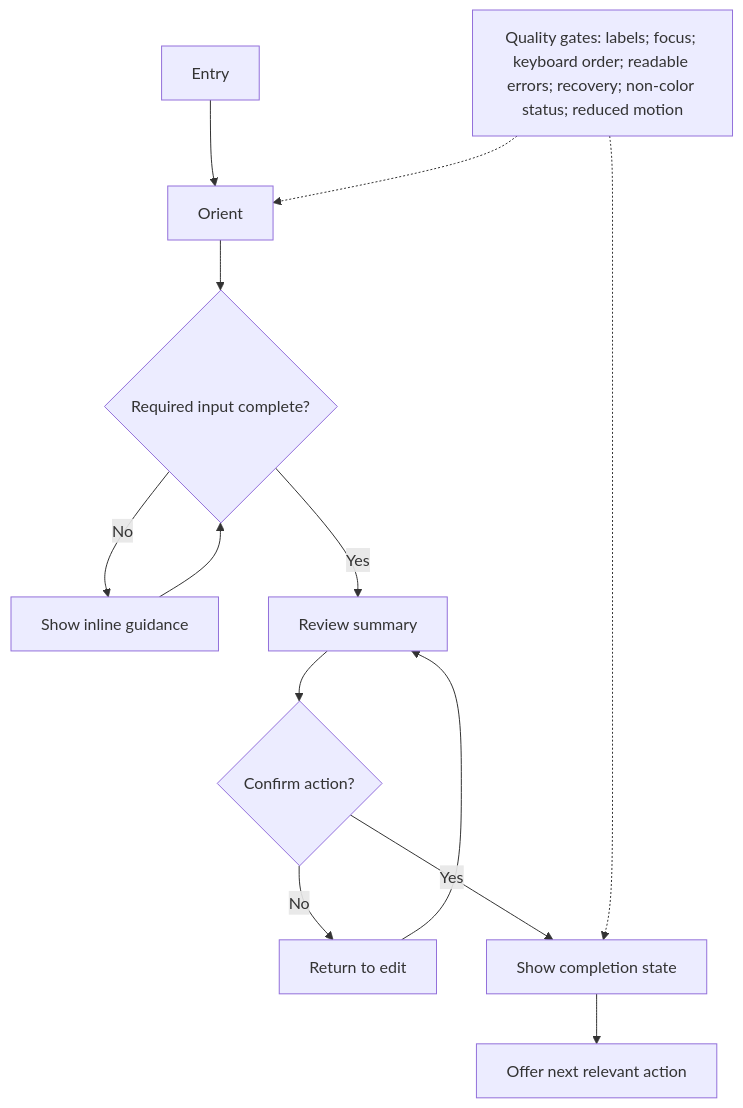
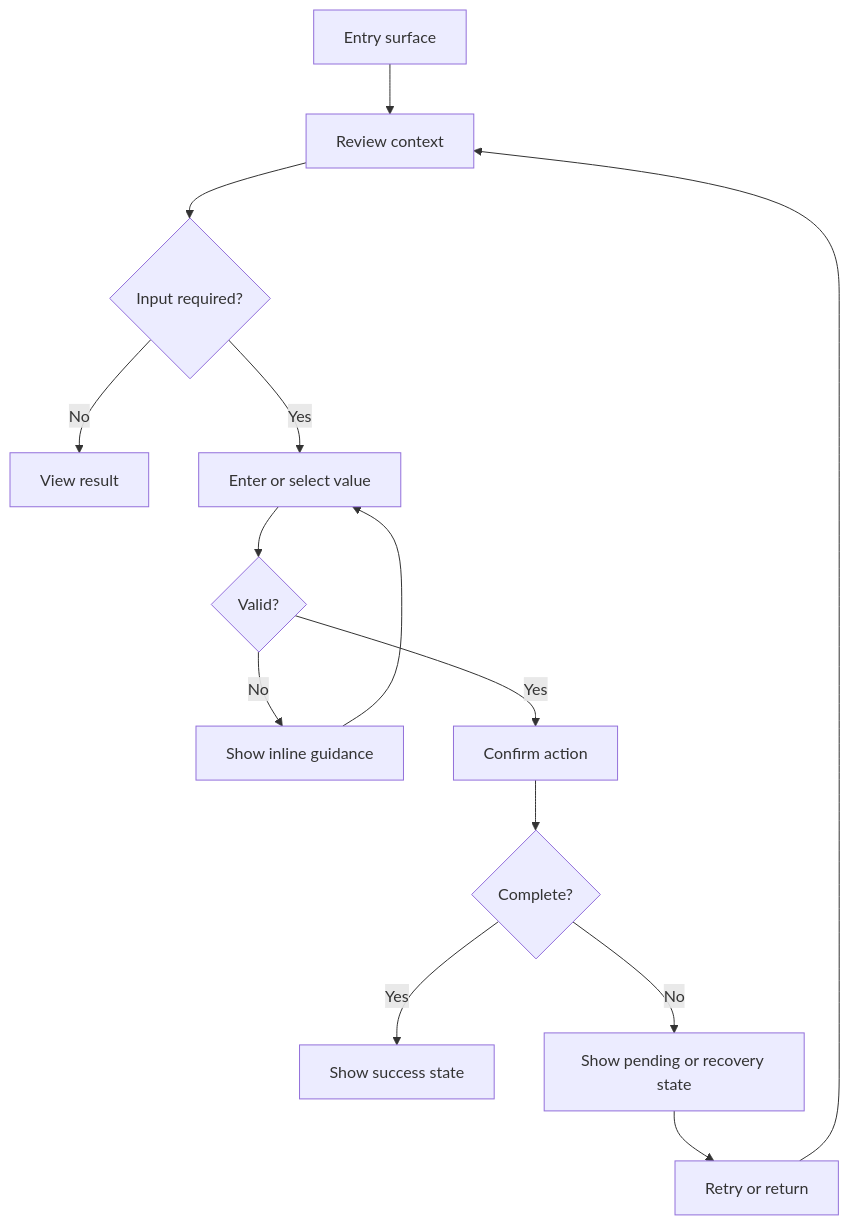
Before and after one commit to p2id/Faces: the diagram in projects/project-001/visuals/flows.mmd, drawn with Mermaid.

Commit message:
Daily UI UX repository refresh 2026-11-22

```diff
--- a/projects/project-001/visuals/flows.mmd
+++ b/projects/project-001/visuals/flows.mmd
@@ -1,13 +1,14 @@
 flowchart TD
-  A[Entry] --> B[Orient]
-  B --> C{Required input complete?}
-  C -- No --> D[Show inline guidance]
-  D --> C
-  C -- Yes --> E[Review summary]
-  E --> F{Confirm action?}
-  F -- No --> G[Return to edit]
+  A[Entry surface] --> B[Review context]
+  B --> C{Input required?}
+  C -- No --> D[View result]
+  C -- Yes --> E[Enter or select value]
+  E --> F{Valid?}
+  F -- No --> G[Show inline guidance]
   G --> E
-  F -- Yes --> H[Show completion state]
-  H --> I[Offer next relevant action]
-  Q[Quality gates: labels; focus; keyboard order; readable errors; recovery; non-color status; reduced motion] -.-> B
-  Q -.-> H
+  F -- Yes --> H[Confirm action]
+  H --> I{Complete?}
+  I -- Yes --> J[Show success state]
+  I -- No --> K[Show pending or recovery state]
+  K --> L[Retry or return]
+  L --> B
```
